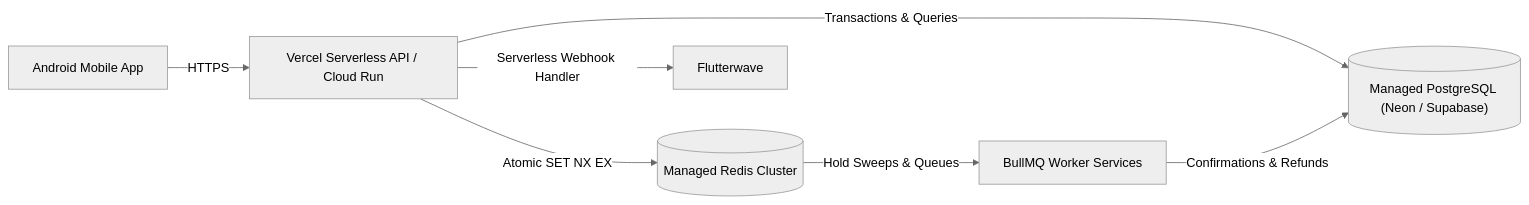
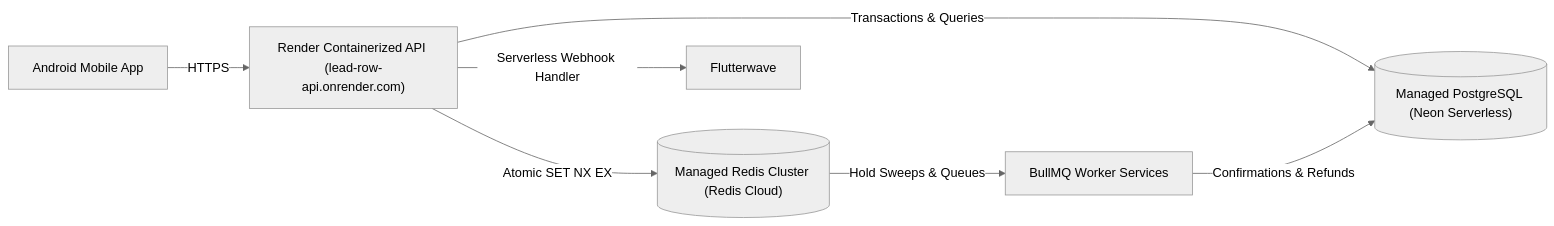
The first of 2 diagrams in README.md (Obajijames/Lead-Row--Matinee--Cinema-Ticket-Booking), drawn with Mermaid (neutral theme) before and after one commit. The commit also changed other lines of this file, not shown here.

Commit message:
docs: update cloud architecture to reflect live Render deployment

````diff
--- a/README.md
+++ b/README.md
@@ -72,9 +72,9 @@
 ```mermaid
 graph LR
-    User["Android Mobile App"] -->|HTTPS| Vercel["Vercel Serverless API / Cloud Run"]
-    Vercel -->|Atomic SET NX EX| Redis[("Managed Redis Cluster")]
-    Vercel -->|Transactions & Queries| Postgres[("Managed PostgreSQL (Neon / Supabase)")]
-    Vercel -->|Serverless Webhook Handler| FLW["Flutterwave"]
+    User["Android Mobile App"] -->|HTTPS| Render["Render Containerized API (lead-row-api.onrender.com)"]
+    Render -->|Atomic SET NX EX| Redis[("Managed Redis Cluster (Redis Cloud)")]
+    Render -->|Transactions & Queries| Postgres[("Managed PostgreSQL (Neon Serverless)")]
+    Render -->|Serverless Webhook Handler| FLW["Flutterwave"]
     Redis -->|Hold Sweeps & Queues| Workers["BullMQ Worker Services"]
     Workers -->|Confirmations & Refunds| Postgres
 ```
````
